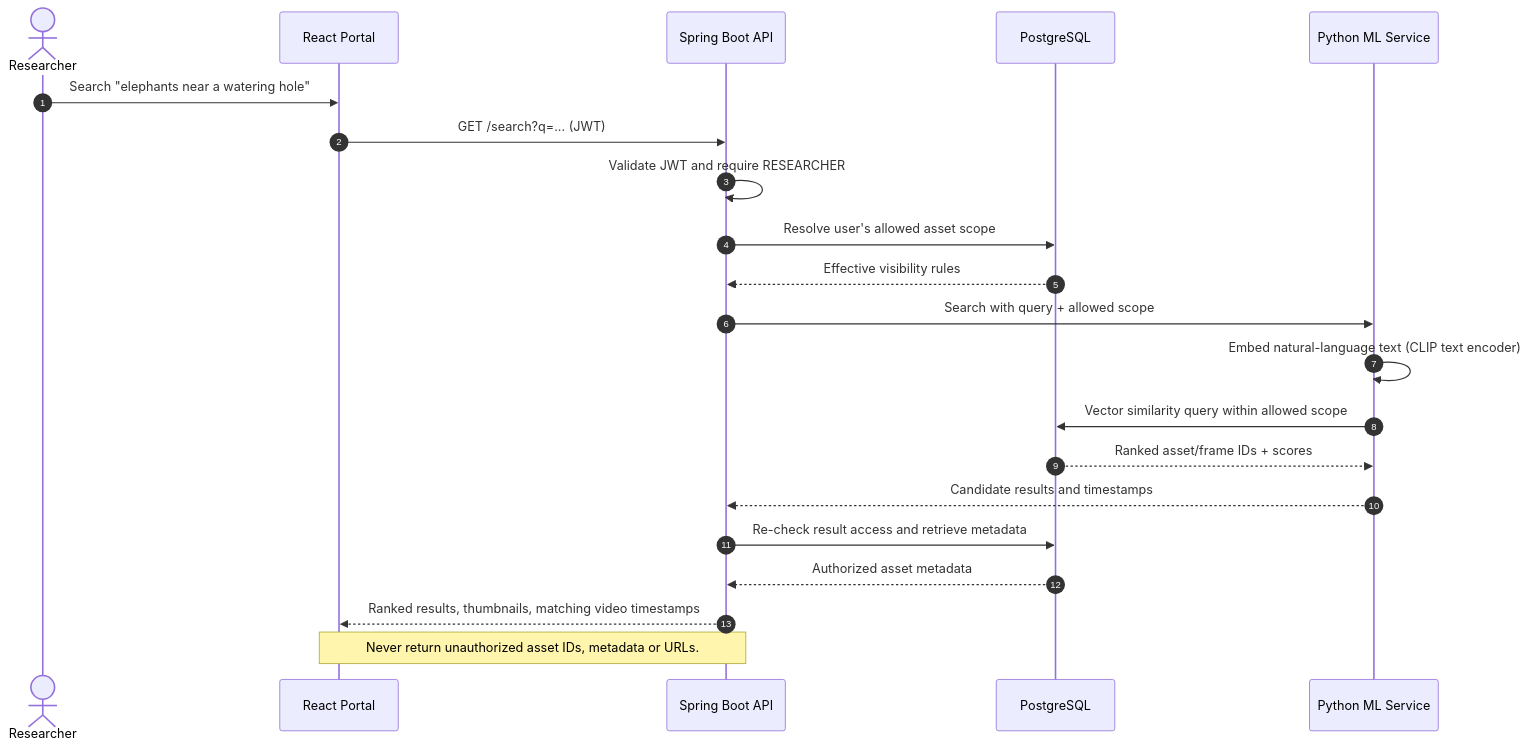
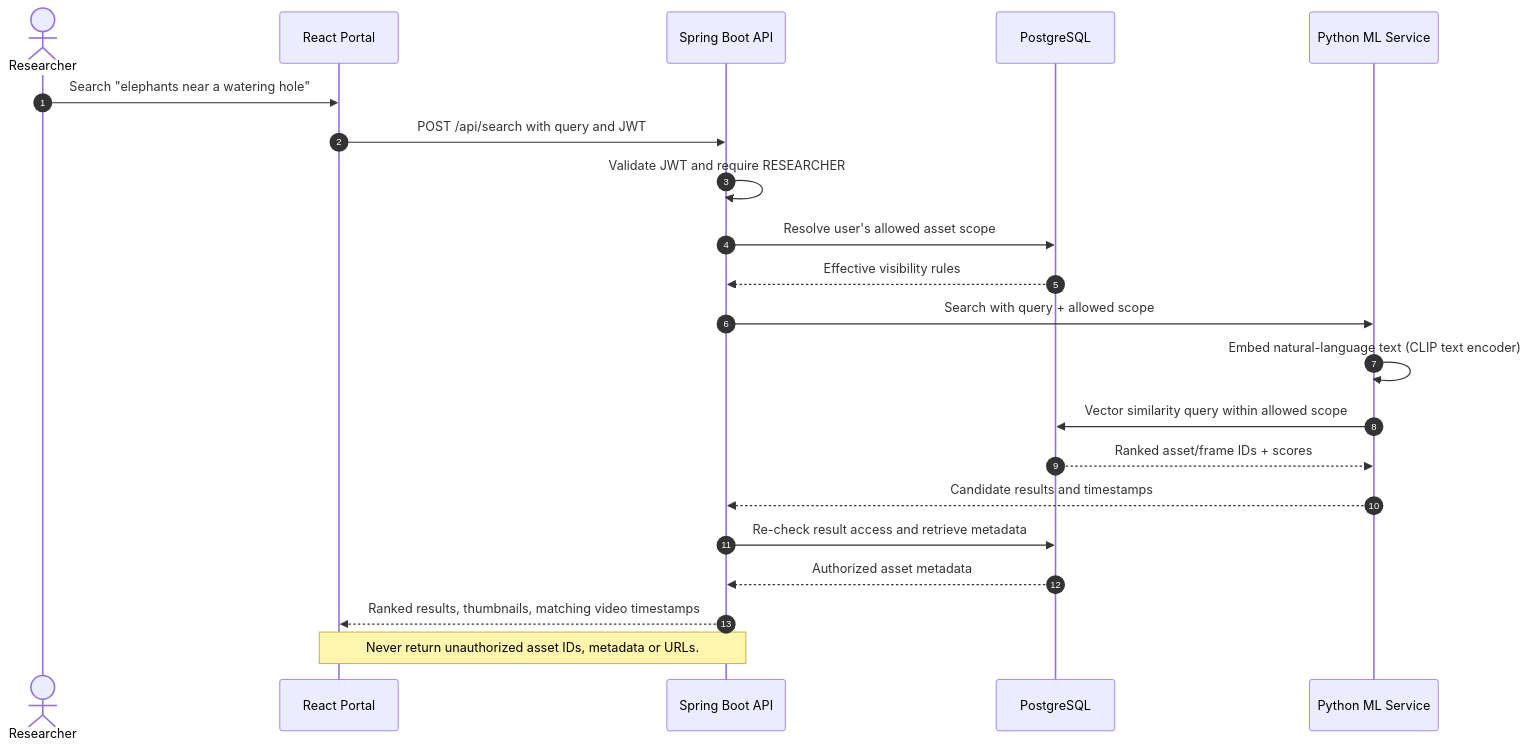
One commit to mathewpius19/Media-Mesh changed the fifth of 7 diagrams in docs/design/ENTERPRISE_DESIGN_BACKGROUND.md. Above: the diagram before and after it, drawn with Mermaid. The commit also changed other lines of this file, not shown here.

````diff
--- a/docs/design/ENTERPRISE_DESIGN_BACKGROUND.md
+++ b/docs/design/ENTERPRISE_DESIGN_BACKGROUND.md
@@ -204,23 +208,23 @@
 ```mermaid
 sequenceDiagram
     autonumber
     actor Researcher
     participant Web as React Portal
     participant API as Spring Boot API
     participant DB as PostgreSQL
     participant ML as Python ML Service
     Researcher->>Web: Search "elephants near a watering hole"
-    Web->>API: GET /search?q=... (JWT)
+    Web->>API: POST /api/search with query and JWT
     API->>API: Validate JWT and require RESEARCHER
     API->>DB: Resolve user's allowed asset scope
     DB-->>API: Effective visibility rules
     API->>ML: Search with query + allowed scope
     ML->>ML: Embed natural-language text (CLIP text encoder)
     ML->>DB: Vector similarity query within allowed scope
     DB-->>ML: Ranked asset/frame IDs + scores
     ML-->>API: Candidate results and timestamps
     API->>DB: Re-check result access and retrieve metadata
     DB-->>API: Authorized asset metadata
     API-->>Web: Ranked results, thumbnails, matching video timestamps
     Note over Web,API: Never return unauthorized asset IDs, metadata or URLs.
 ```
````
